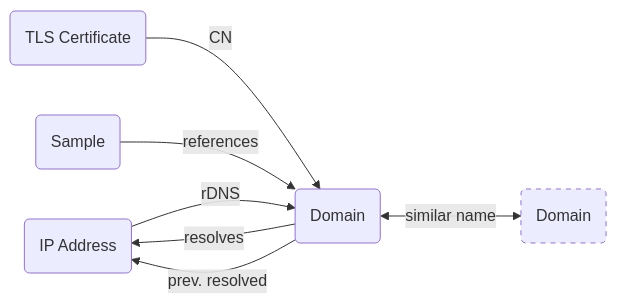
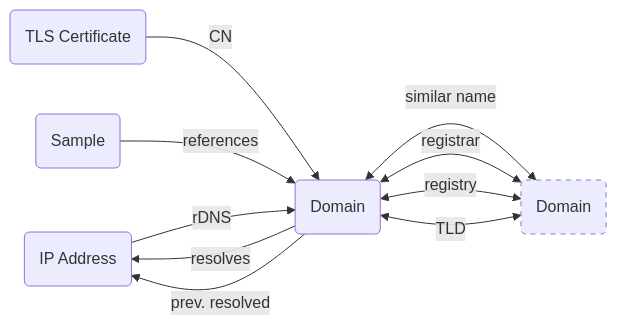
One commit to korniko98/pivot-atlas changed the diagram in docs/artifacts/domain.md. Above: the diagram before and after it, drawn with Mermaid. The commit also changed other lines of this file and 4 other files, not shown here.

````diff
--- a/docs/artifacts/domain.md
+++ b/docs/artifacts/domain.md
@@ -31,19 +31,22 @@
 	```mermaid
 	flowchart LR
 		classDef secondary stroke-dasharray: 5 5
 		
 		%% define nodes
 		IP_ADDRESS(IP Address)
 		DOMAIN(Domain)
 		DOMAIN_(Domain):::secondary
 		TLS_CERT(TLS Certificate)
 		SAMPLE(Sample)
 		
 		%% define edges
 		DOMAIN -- resolves --> IP_ADDRESS
 		IP_ADDRESS -- rDNS --> DOMAIN
 		DOMAIN -- prev. resolved --> IP_ADDRESS
 		TLS_CERT -- CN --> DOMAIN
 		DOMAIN <-- similar name --> DOMAIN_
+		DOMAIN <-- registrar --> DOMAIN_
+		DOMAIN <-- registry --> DOMAIN_
+		DOMAIN <-- TLD --> DOMAIN_
 		SAMPLE -- references --> DOMAIN
 	```
````
